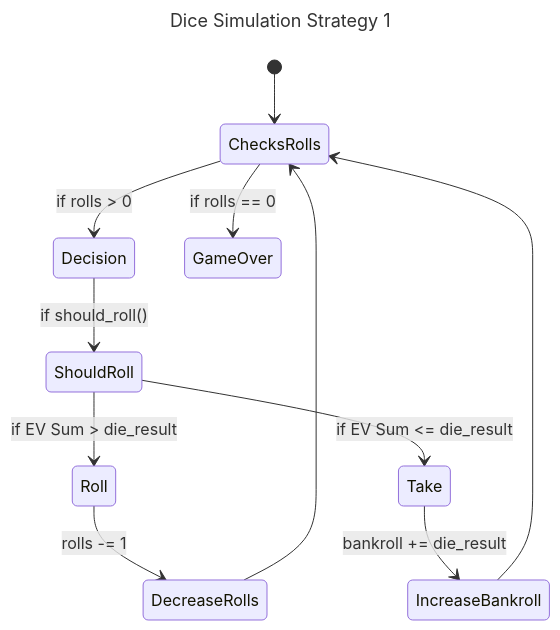
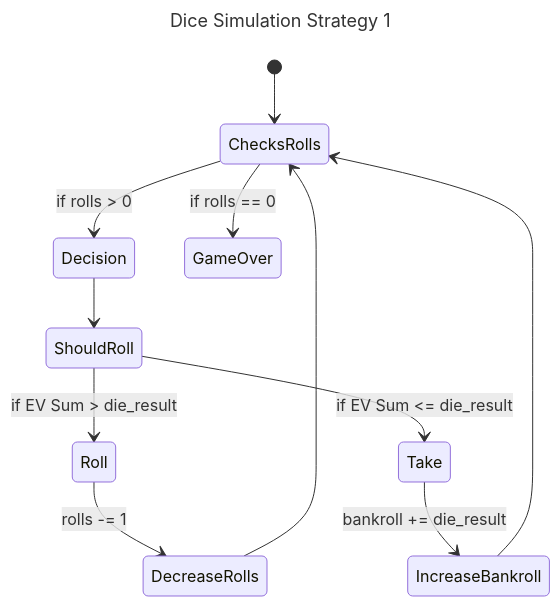
One commit to jacksonbrim/fantastic-octo-adventure changed the diagram in mermaid_diagrams/strat_1.mmd. Above: the diagram before and after it, drawn with Mermaid. The commit also changed 5 other files, not shown here.

Commit message:
update mermaid svg files and README

```diff
--- a/mermaid_diagrams/strat_1.mmd
+++ b/mermaid_diagrams/strat_1.mmd
@@ -1,14 +1,14 @@
 ---
 title: Dice Simulation Strategy 1
 ---
 stateDiagram-v2
     [*] --> ChecksRolls
     ChecksRolls --> Decision: if rolls > 0
-    Decision --> ShouldRoll: if should_roll()
+    Decision --> ShouldRoll
     ShouldRoll --> Roll : if EV Sum > die_result
     ShouldRoll --> Take : if EV Sum <= die_result
     Roll --> DecreaseRolls : rolls -= 1
     Take --> IncreaseBankroll : bankroll += die_result
     IncreaseBankroll --> ChecksRolls
     DecreaseRolls --> ChecksRolls
     ChecksRolls --> GameOver: if rolls == 0
```
